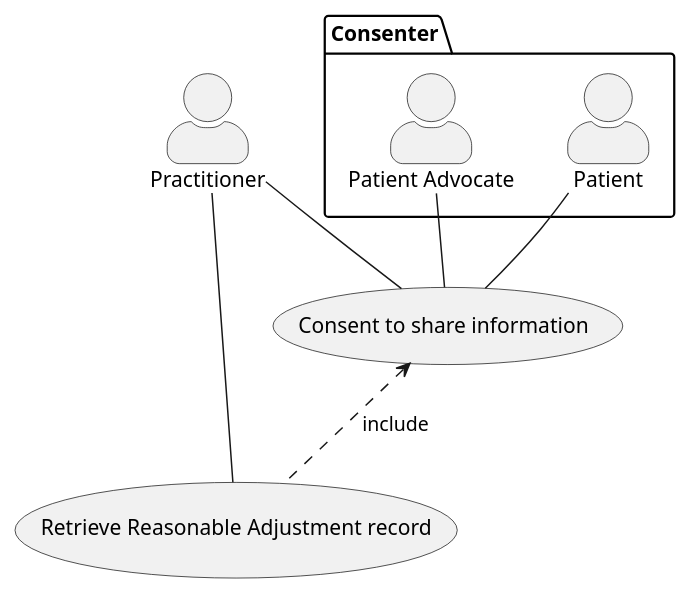
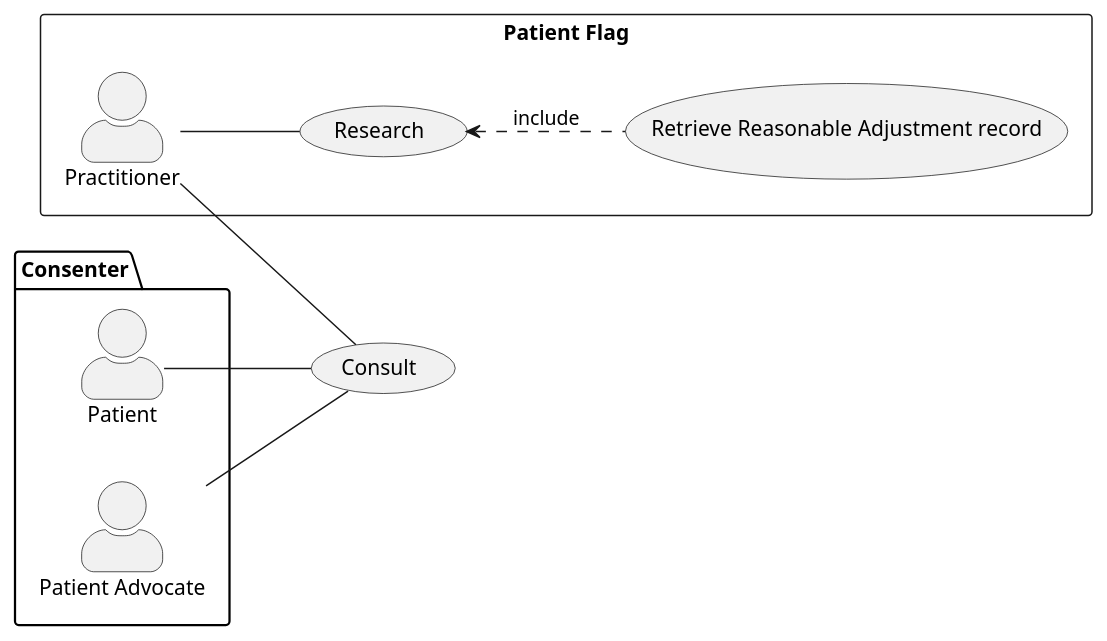
The diagram in input/images-source/retrieve-ra-record-usecase.plantuml (NHSDigital/ra-sandbox), drawn with PlantUML before and after one commit. The commit also changed 2 other files, not shown here.

```diff
--- a/input/images-source/retrieve-ra-record-usecase.plantuml
+++ b/input/images-source/retrieve-ra-record-usecase.plantuml
@@ -1,21 +1,26 @@
 @startuml
 
 skinparam actorStyle awesome
+left to right direction
 
+rectangle "Patient Flag"{
 actor Practitioner as pra
-package Consenter {
-  actor "Patient Advocate" as pad
-  actor Patient as pat
+usecase "Research" as record
+usecase "Retrieve Reasonable Adjustment record" as add
 }
 
-usecase "Consent to share information" as CON
-usecase "Retrieve Reasonable Adjustment record" as RET
 
-pat -- CON
-pad -- CON
-pra -- CON
-pra -- RET
+package Consenter {
+  actor Patient as pat
+  actor "Patient Advocate" as pad
+}
 
-CON <.. RET : include
+usecase "Consult" as consult
+
+pat -- consult
+pra -- consult
+pad -- consult
+pra -- record
+record <.. add : include
 
 @enduml
```
